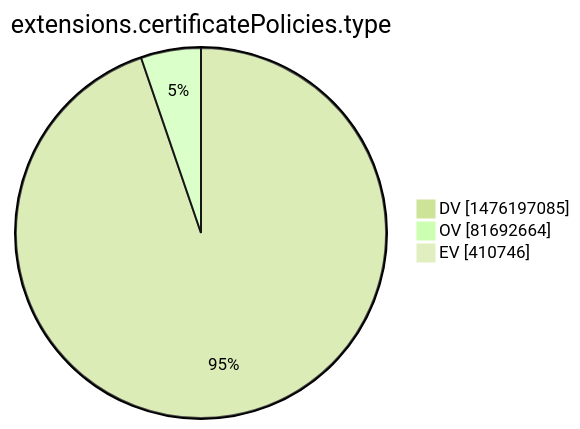
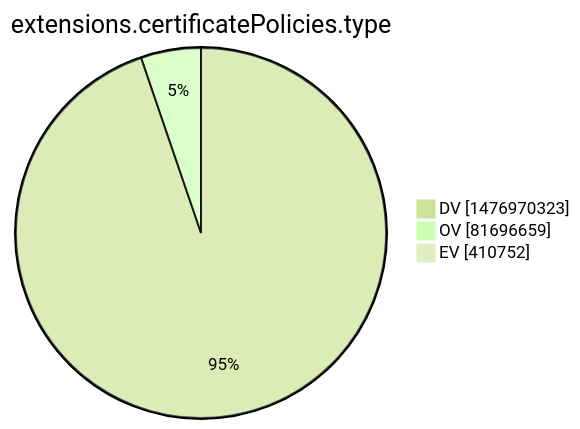
One commit to christiankrug/ctmonitor_visualization changed the tenth of 15 diagrams in xenon2022/README.md. Above: the diagram before and after it, drawn with Mermaid (forest theme). The commit also changed other lines of this file, not shown here.

````diff
--- a/xenon2022/README.md
+++ b/xenon2022/README.md
@@ -2873,7 +2873,7 @@
 ```mermaid
 pie showData
 title extensions.certificatePolicies.type
-"DV" :1476197085
-"OV" :81692664
-"EV" :410746
+"DV" :1476970323
+"OV" :81696659
+"EV" :410752
 ```
````
